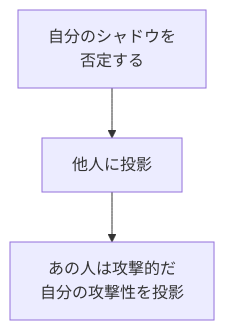
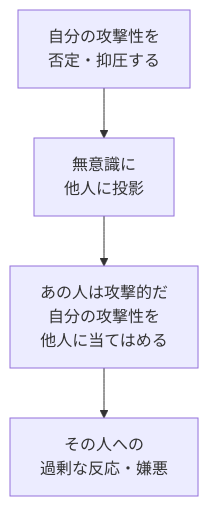
One commit to tndg16-bot/portfolio-site changed the third of 6 diagrams in content/blog/284-shadow-integration-self-acceptance.md. Above: the diagram before and after it, drawn with Mermaid. The commit also changed other lines of this file and 19 other files, not shown here.

````diff
--- a/content/blog/284-shadow-integration-self-acceptance.md
+++ b/content/blog/284-shadow-integration-self-acceptance.md
@@ -71,5 +71,8 @@
 ```mermaid
 graph TD
-    A[自分のシャドウを<br/>否定する] --> B[他人に投影]
-    B --> C["あの人は攻撃的だ"<br/>自分の攻撃性を投影]
+    A[自分の攻撃性を<br/>否定・抑圧する] --> B[無意識に<br/>他人に投影]
+    B --> C["あの人は攻撃的だ"
+    自分の攻撃性を
+    他人に当てはめる]
+    C --> D[その人への<br/>過剰な反応・嫌悪]
 ```
````
